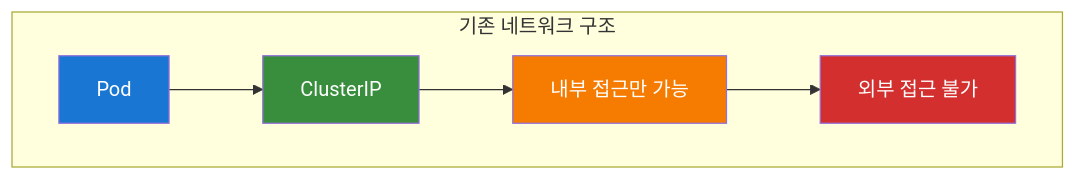
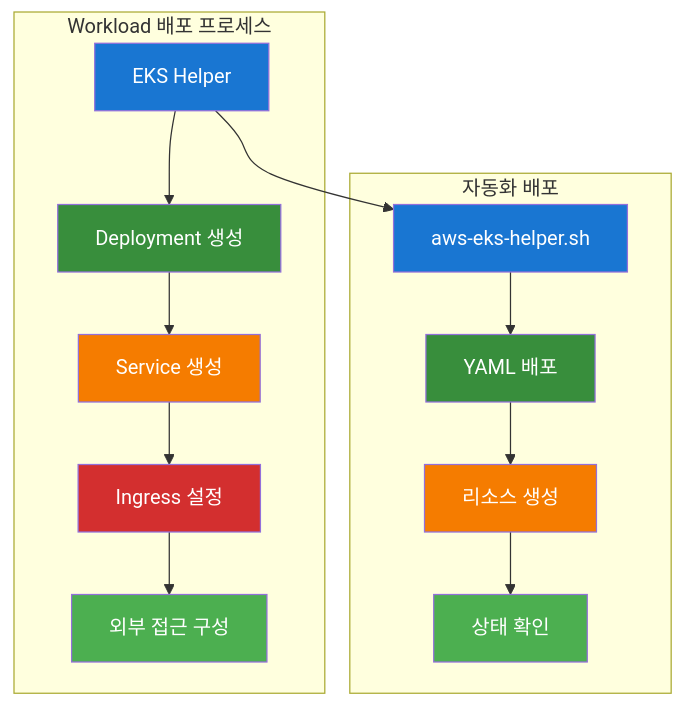
One commit to jungfrau70/mcp_cloud changed diagram 15 of 18 in mcp_knowledge_base/cloud_intermediate/lectures/day1/Day1_통합강의안_오전.md. Above: the diagram before and after it, drawn with Mermaid. The commit also changed other lines of this file and 20 other files, not shown here.

````diff
--- a/mcp_knowledge_base/cloud_intermediate/lectures/day1/Day1_통합강의안_오전.md
+++ b/mcp_knowledge_base/cloud_intermediate/lectures/day1/Day1_통합강의안_오전.md
@@ -2061,13 +2233,27 @@
 ```mermaid
 flowchart TD
-    subgraph "기존 네트워크 구조"
-        A["Pod"] --> B["ClusterIP"]
-        B --> C["내부 접근만 가능"]
-        C --> D["외부 접근 불가"]
+    subgraph "Workload 배포 프로세스"
+        A["EKS Helper"] --> B["Deployment 생성"]
+        B --> C["Service 생성"]
+        C --> D["Ingress 설정"]
+        D --> E["외부 접근 구성"]
     end
+    
+    subgraph "자동화 배포"
+        F["aws-eks-helper.sh"] --> G["YAML 배포"]
+        G --> H["리소스 생성"]
+        H --> I["상태 확인"]
+    end
+    
+    A --> F
     
     style A fill:#1976d2,color:#ffffff
     style B fill:#388e3c,color:#ffffff
     style C fill:#f57c00,color:#ffffff
     style D fill:#d32f2f,color:#ffffff
+    style E fill:#4caf50,color:#ffffff
+    style F fill:#1976d2,color:#ffffff
+    style G fill:#388e3c,color:#ffffff
+    style H fill:#f57c00,color:#ffffff
+    style I fill:#4caf50,color:#ffffff
 ```
````
